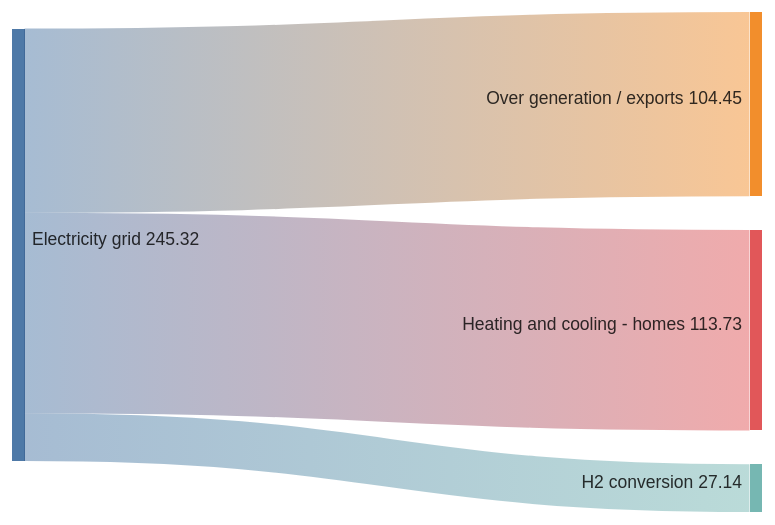
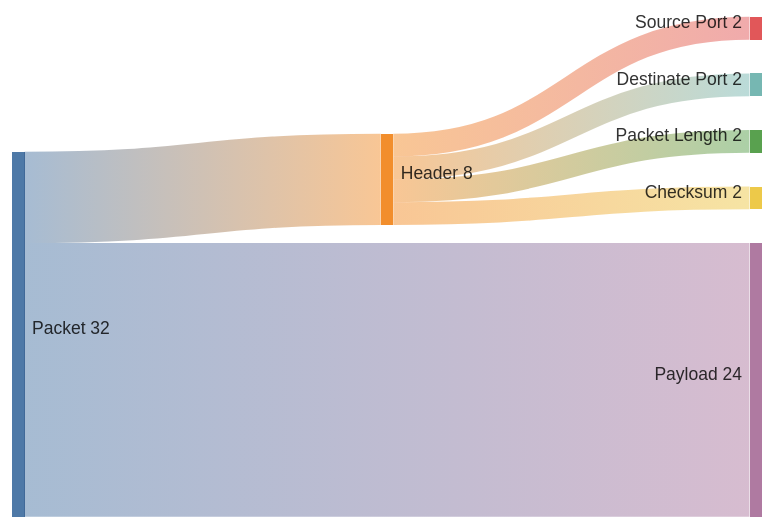
One commit to xenkuo/preview-light-in-dark changed diagram 15 of 15 in readme.md. Above: the diagram before and after it, drawn with Mermaid. The commit also changed other lines of this file, not shown here.

````diff
--- a/readme.md
+++ b/readme.md
@@ -341,8 +290,12 @@
 ```mermaid
 sankey-beta
+%% source,target,value
 
-%% source,target,value
-Electricity grid,Over generation / exports,104.453
-Electricity grid,Heating and cooling - homes,113.726
-Electricity grid,H2 conversion,27.14
+Packet, Header, 8
+Header, Source Port, 2
+Header, Destinate Port, 2
+Header, Packet Length, 2
+Header, Checksum, 2
+Packet, Payload, 24
+
 ```
````
